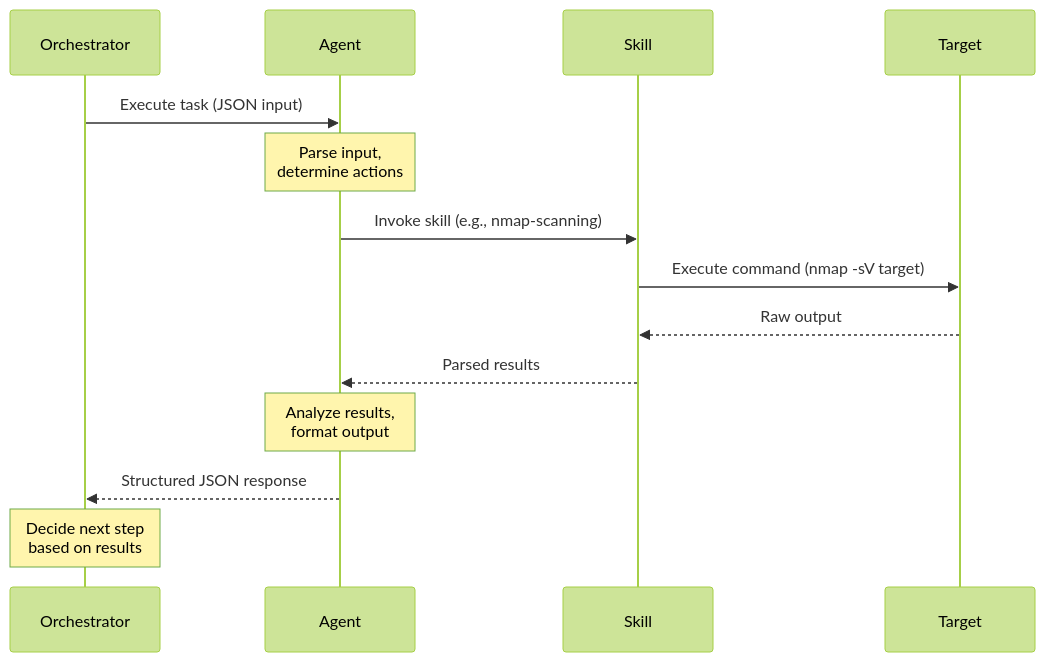
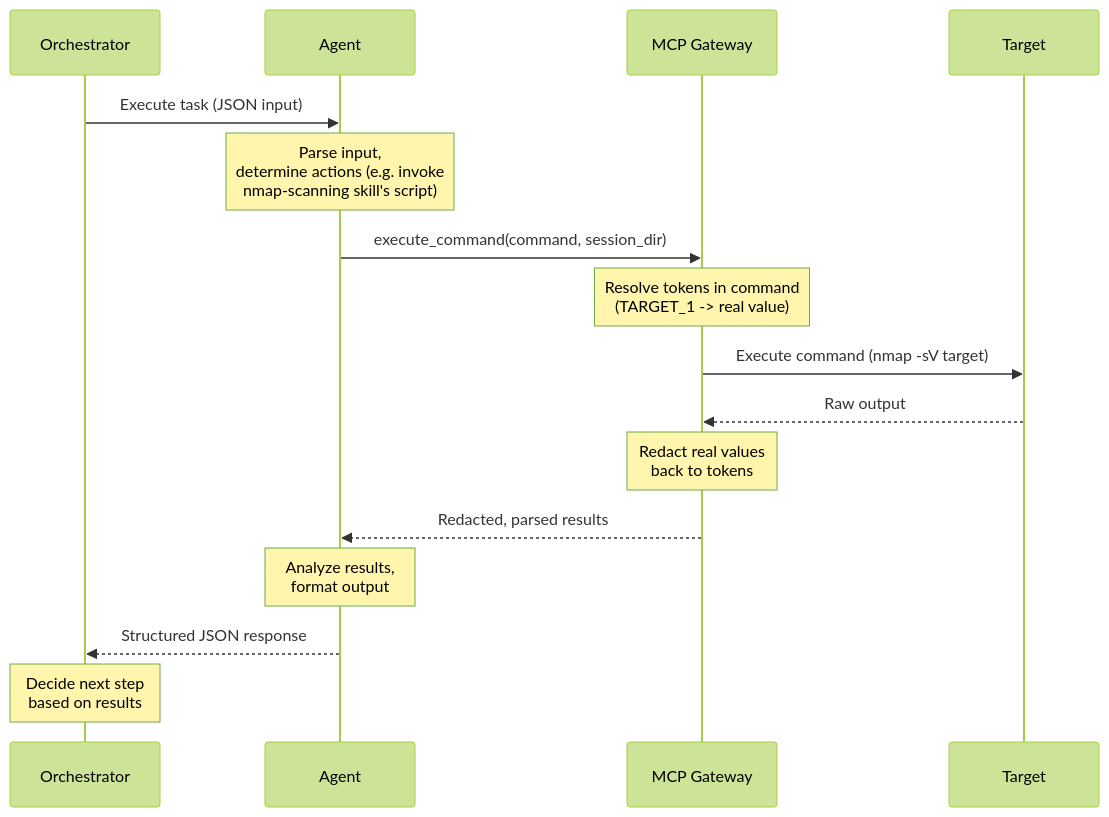
One commit to goldenapplestudios/Clicky changed the fourth of 7 diagrams in docs/architecture.md. Above: the diagram before and after it, drawn with Mermaid (forest theme). The commit also changed other lines of this file and 9 other files, not shown here.

First line of the commit message:
Bring documentation up to date with the MCP gateway migration and latest capabilities

````diff
--- a/docs/architecture.md
+++ b/docs/architecture.md
@@ -475,22 +485,24 @@
 ```mermaid
 sequenceDiagram
     participant O as Orchestrator
     participant A as Agent
-    participant S as Skill
+    participant GW as MCP Gateway
     participant T as Target
 
     O->>A: Execute task (JSON input)
 
-    Note over A: Parse input,<br/>determine actions
+    Note over A: Parse input,<br/>determine actions (e.g. invoke<br/>nmap-scanning skill's script)
 
-    A->>S: Invoke skill (e.g., nmap-scanning)
-    S->>T: Execute command (nmap -sV target)
-    T-->>S: Raw output
-    S-->>A: Parsed results
+    A->>GW: execute_command(command, session_dir)
+    Note over GW: Resolve tokens in command<br/>(TARGET_1 -> real value)
+    GW->>T: Execute command (nmap -sV target)
+    T-->>GW: Raw output
+    Note over GW: Redact real values<br/>back to tokens
+    GW-->>A: Redacted, parsed results
 
     Note over A: Analyze results,<br/>format output
 
     A-->>O: Structured JSON response
 
     Note over O: Decide next step<br/>based on results
 ```
````
